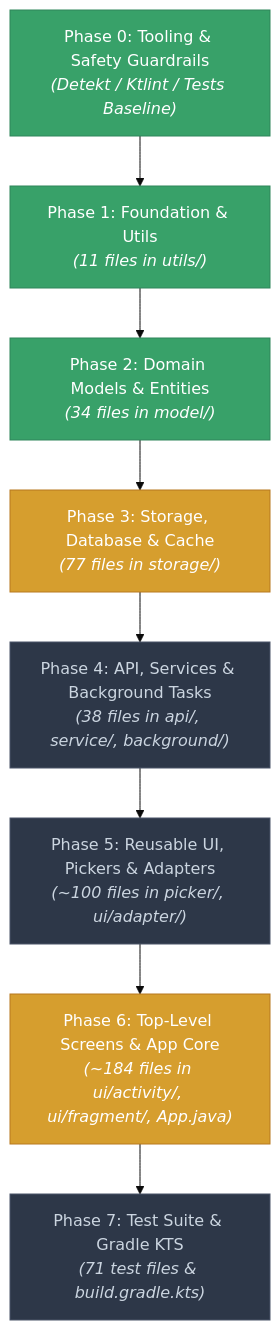
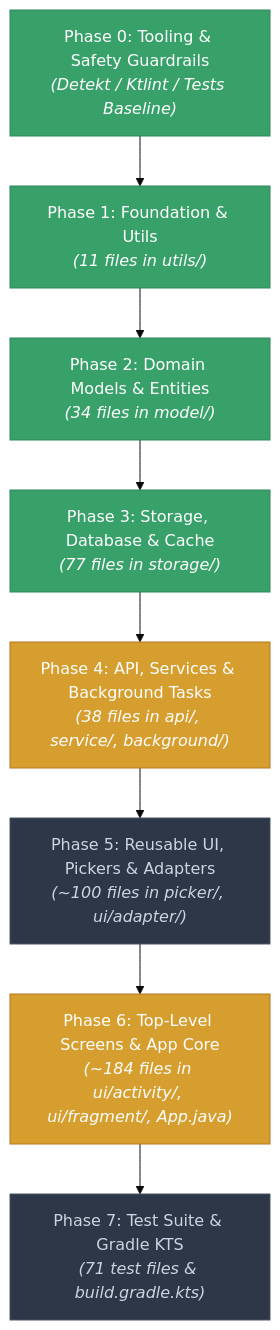
One commit to solomonrajan/cashledger changed the first of 2 diagrams in KOTLIN_MIGRATION.mdx. Above: the diagram before and after it, drawn with Mermaid (base theme). The commit also changed other lines of this file and 2 other files, not shown here.

````diff
--- a/KOTLIN_MIGRATION.mdx
+++ b/KOTLIN_MIGRATION.mdx
@@ -57,23 +57,23 @@
 ```mermaid
 flowchart TD
     classDef pending fill:#2D3748,stroke:#4A5568,color:#CBD5E0
     classDef inprog fill:#D69E2E,stroke:#B7791F,color:#FFFFFF
     classDef complete fill:#38A169,stroke:#2F855A,color:#FFFFFF
 
     P0["Phase 0: Tooling & Safety Guardrails<br/><i>(Detekt / Ktlint / Tests Baseline)</i>"]:::complete
     P1["Phase 1: Foundation & Utils<br/><i>(11 files in utils/)</i>"]:::complete
     P2["Phase 2: Domain Models & Entities<br/><i>(34 files in model/)</i>"]:::complete
-    P3["Phase 3: Storage, Database & Cache<br/><i>(77 files in storage/)</i>"]:::inprog
-    P4["Phase 4: API, Services & Background Tasks<br/><i>(38 files in api/, service/, background/)</i>"]:::pending
+    P3["Phase 3: Storage, Database & Cache<br/><i>(77 files in storage/)</i>"]:::complete
+    P4["Phase 4: API, Services & Background Tasks<br/><i>(38 files in api/, service/, background/)</i>"]:::inprog
     P5["Phase 5: Reusable UI, Pickers & Adapters<br/><i>(~100 files in picker/, ui/adapter/)</i>"]:::pending
     P6["Phase 6: Top-Level Screens & App Core<br/><i>(~184 files in ui/activity/, ui/fragment/, App.java)</i>"]:::inprog
     P7["Phase 7: Test Suite & Gradle KTS<br/><i>(71 test files & build.gradle.kts)</i>"]:::pending
 
     P0 --> P1
     P1 --> P2
     P2 --> P3
     P3 --> P4
     P4 --> P5
     P5 --> P6
     P6 --> P7
 ```
````
